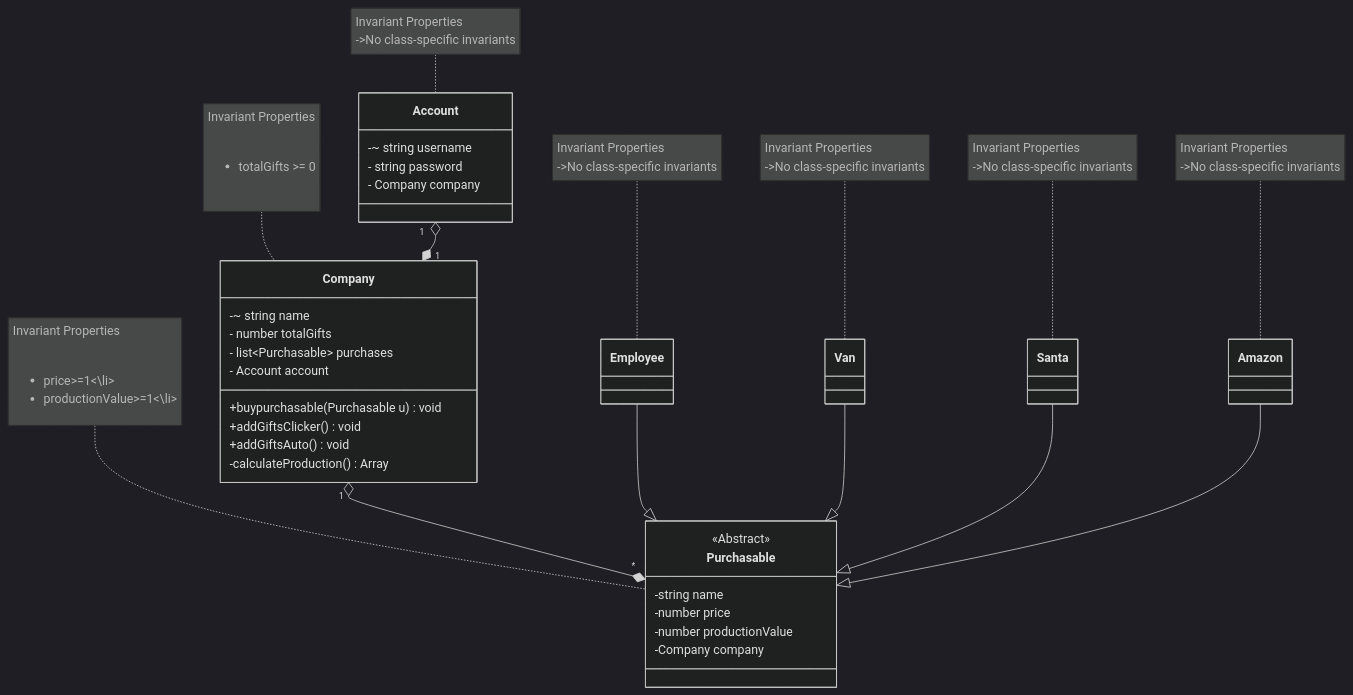
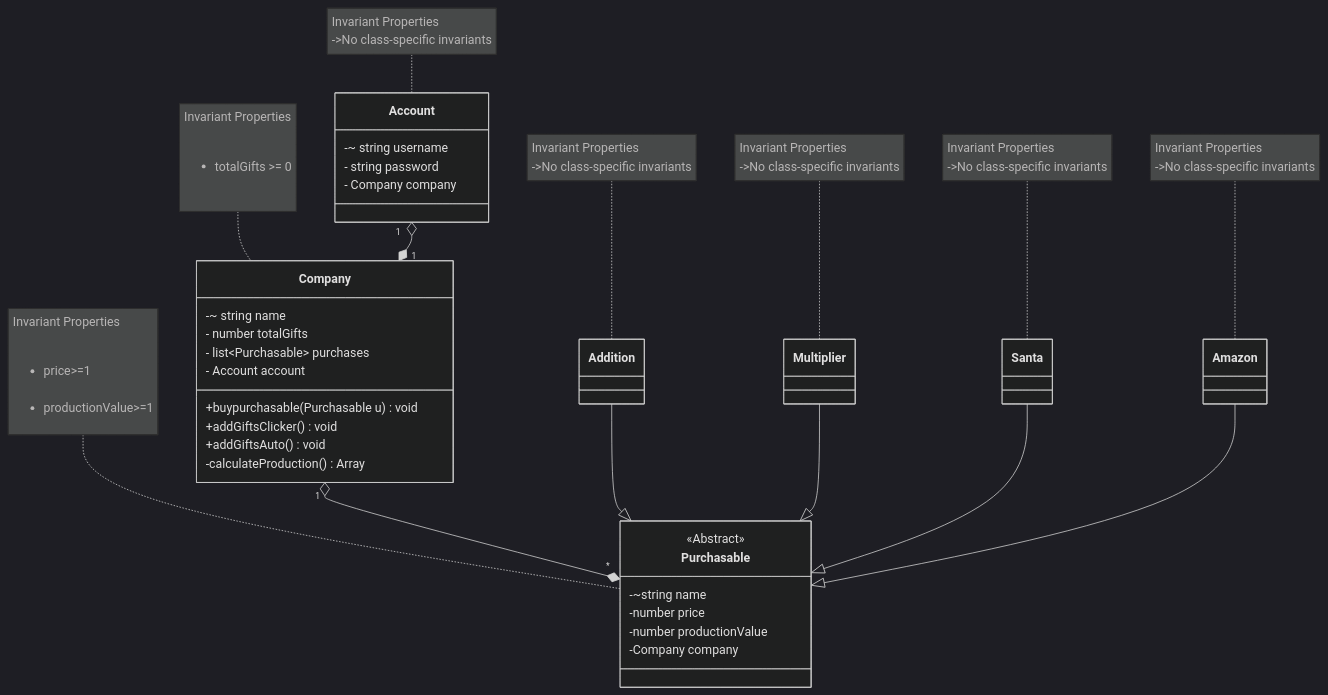
One commit to umangmehta0007/Clicker changed the diagram in domain.md. Above: the diagram before and after it, drawn with Mermaid (dark theme). The commit also changed other lines of this file and 14 other files, not shown here.

```diff
--- a/domain.md
+++ b/domain.md
@@ -40,8 +40,8 @@
     }
     note for Purchasable "Invariant Properties
              <ul> 
-                <li>price>=1<\li>
-                <li>productionValue>=1<\li>
+                <li>price>=1</li>
+                <li>productionValue>=1</li>
 
             </ul>
         "
@@ -49,23 +49,23 @@
     class Purchasable{
         <<Abstract>>
         
-        -string name
+        -~string name
         -number price
         -number productionValue
         -Company company
     }
 
-    note for Employee "Invariant Properties
+    note for Addition "Invariant Properties
             
             ->No class-specific invariants
         "
-    class Employee{
+    class Addition{
     }
-    note for Van "Invariant Properties
+    note for Multiplier "Invariant Properties
             
             ->No class-specific invariants
         "
-    class Van{
+    class Multiplier{
     }
 
     note for Santa "Invariant Properties
@@ -86,8 +86,8 @@
     Account "1" o--*"1" Company
 
 
-    Employee--|>Purchasable
-    Van--|>Purchasable
+    Addition--|>Purchasable
+    Multiplier--|>Purchasable
     Santa--|>Purchasable
     Amazon--|>Purchasable
     
```
